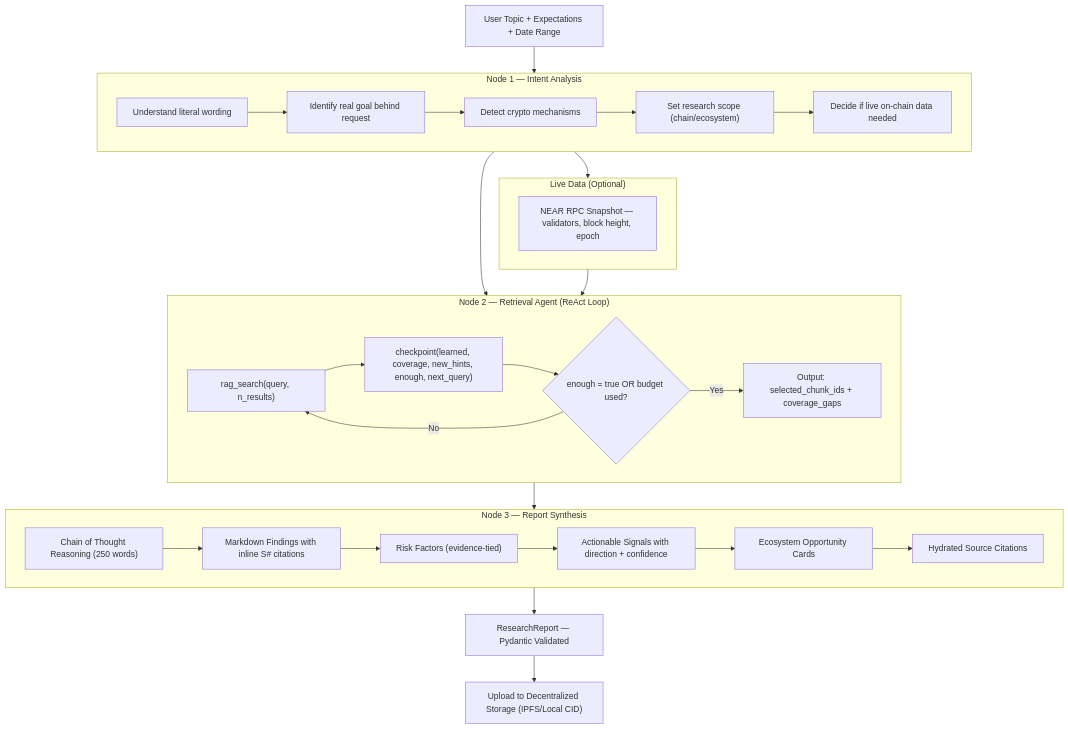
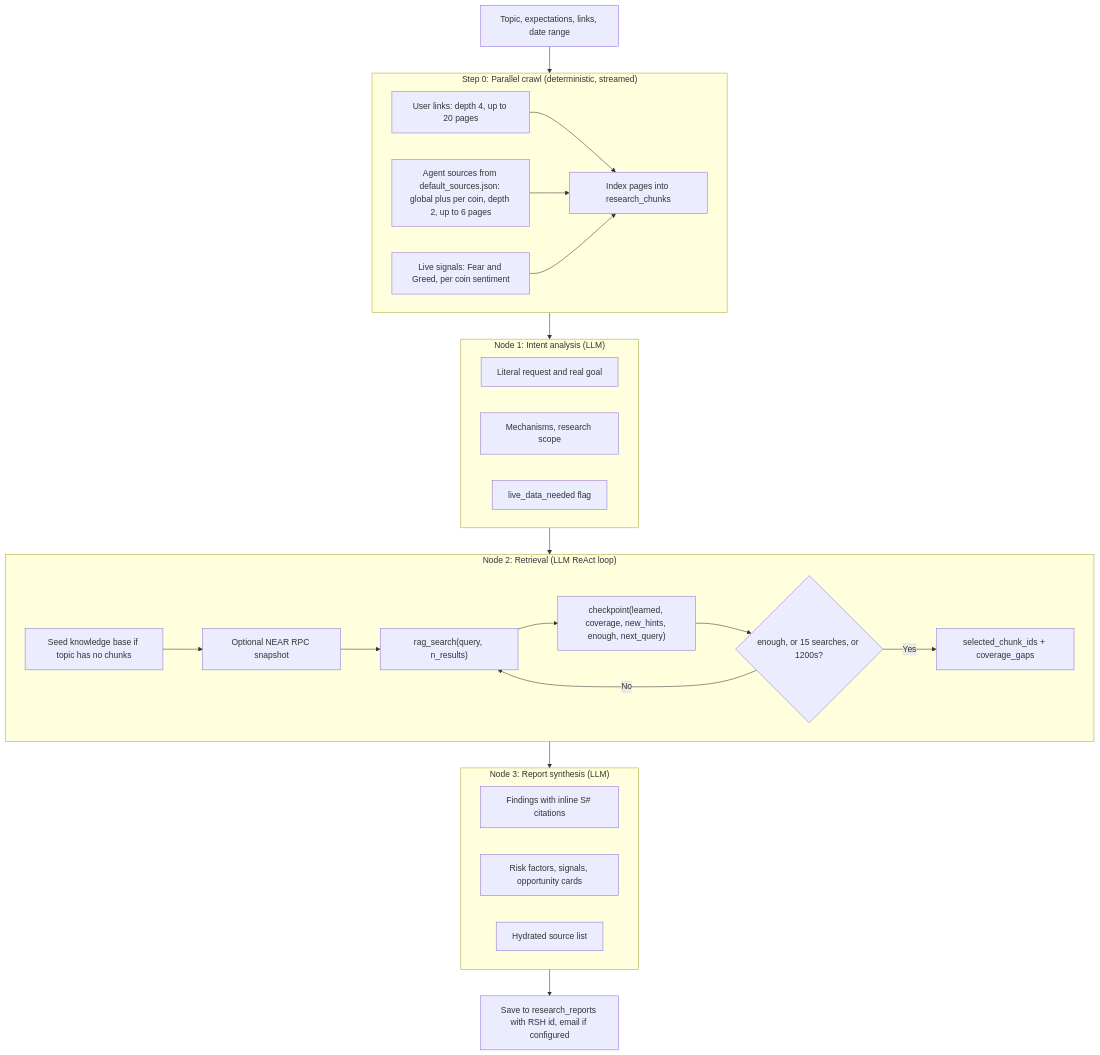
Before and after one commit to TheDarrk/N-agent: the fourth of 11 diagrams in README.md, drawn with Mermaid. The commit also changed other lines of this file and 6 other files, not shown here.

````diff
--- a/README.md
+++ b/README.md
@@ -150,44 +280,40 @@
 ```mermaid
 flowchart TD
-    INPUT["User Topic + Expectations + Date Range"]
-    
-    subgraph N1["Node 1 — Intent Analysis"]
-        I1["Understand literal wording"]
-        I2["Identify real goal behind request"]
-        I3["Detect crypto mechanisms"]
-        I4["Set research scope (chain/ecosystem)"]
-        I5["Decide if live on-chain data needed"]
-        I1 --> I2 --> I3 --> I4 --> I5
+    INPUT["Topic, expectations, links, date range"]
+
+    subgraph CRAWL["Step 0: Parallel crawl (deterministic, streamed)"]
+        C1["User links: depth 4, up to 20 pages"]
+        C2["Agent sources from default_sources.json: global plus per coin, depth 2, up to 6 pages"]
+        C3["Live signals: Fear and Greed, per coin sentiment"]
+        C4["Index pages into research_chunks"]
+        C1 --> C4
+        C2 --> C4
+        C3 --> C4
     end
 
-    subgraph N2["Node 2 — Retrieval Agent (ReAct Loop)"]
-        R1["rag_search(query, n_results)"]
-        R2["checkpoint(learned, coverage, new_hints, enough, next_query)"]
-        R3{"enough = true OR budget used?"}
-        R1 --> R2 --> R3
-        R3 -->|No| R1
-        R3 -->|Yes| R4["Output: selected_chunk_ids + coverage_gaps"]
+    subgraph N1["Node 1: Intent analysis (LLM)"]
+        I1["Literal request and real goal"]
+        I2["Mechanisms, research scope"]
+        I3["live_data_needed flag"]
     end
 
-    subgraph N3["Node 3 — Report Synthesis"]
-        S1["Chain of Thought Reasoning (250 words)"]
-        S2["Markdown Findings with inline S# citations"]
-        S3["Risk Factors (evidence-tied)"]
-        S4["Actionable Signals with direction + confidence"]
-        S5["Ecosystem Opportunity Cards"]
-        S6["Hydrated Source Citations"]
-        S1 --> S2 --> S3 --> S4 --> S5 --> S6
+    subgraph N2["Node 2: Retrieval (LLM ReAct loop)"]
+        R0["Seed knowledge base if topic has no chunks"]
+        R1["Optional NEAR RPC snapshot"]
+        R2["rag_search(query, n_results)"]
+        R3["checkpoint(learned, coverage, new_hints, enough, next_query)"]
+        R4{"enough, or 15 searches, or 1200s?"}
+        R0 --> R1 --> R2 --> R3 --> R4
+        R4 -->|No| R2
+        R4 -->|Yes| R5["selected_chunk_ids + coverage_gaps"]
     end
 
-    subgraph LIVE["Live Data (Optional)"]
-        RPC["NEAR RPC Snapshot — validators, block height, epoch"]
+    subgraph N3["Node 3: Report synthesis (LLM)"]
+        S1["Findings with inline S# citations"]
+        S2["Risk factors, signals, opportunity cards"]
+        S3["Hydrated source list"]
     end
 
-    INPUT --> N1
-    N1 --> LIVE
-    N1 --> N2
-    LIVE --> N2
-    N2 --> N3
-    N3 --> REPORT["ResearchReport — Pydantic Validated"]
-    REPORT --> IPFS["Upload to Decentralized Storage (IPFS/Local CID)"]
+    INPUT --> CRAWL --> N1 --> N2 --> N3
+    N3 --> SAVE["Save to research_reports with RSH id, email if configured"]
 ```
````
